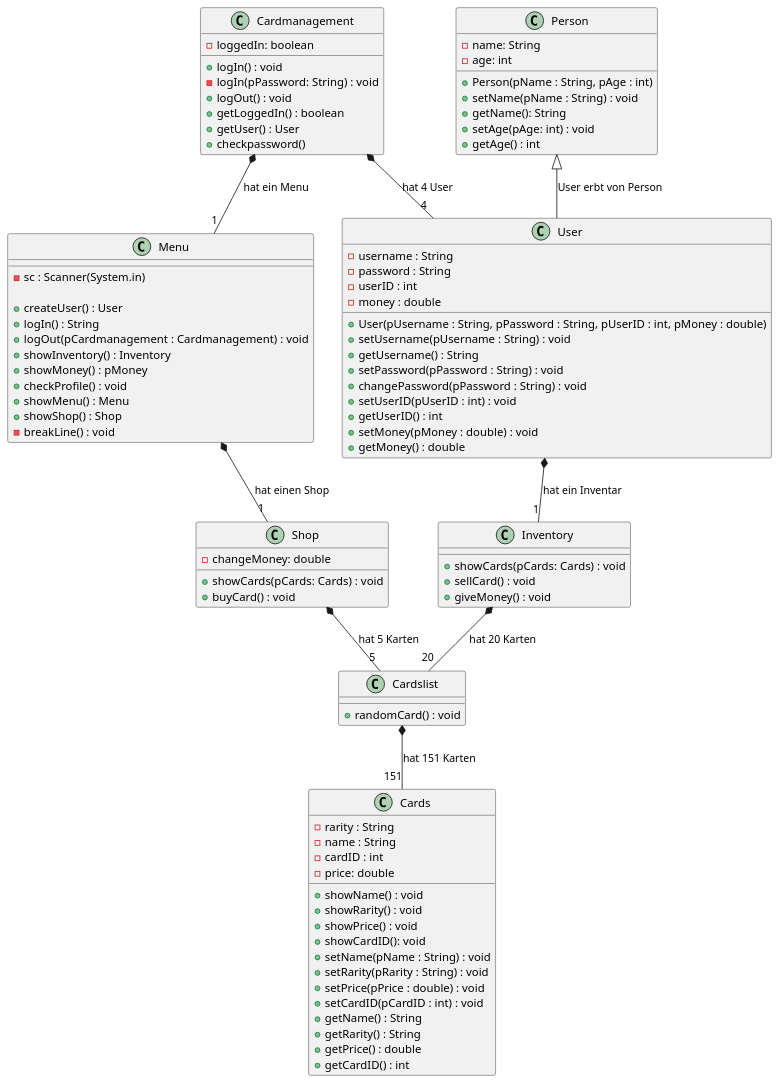
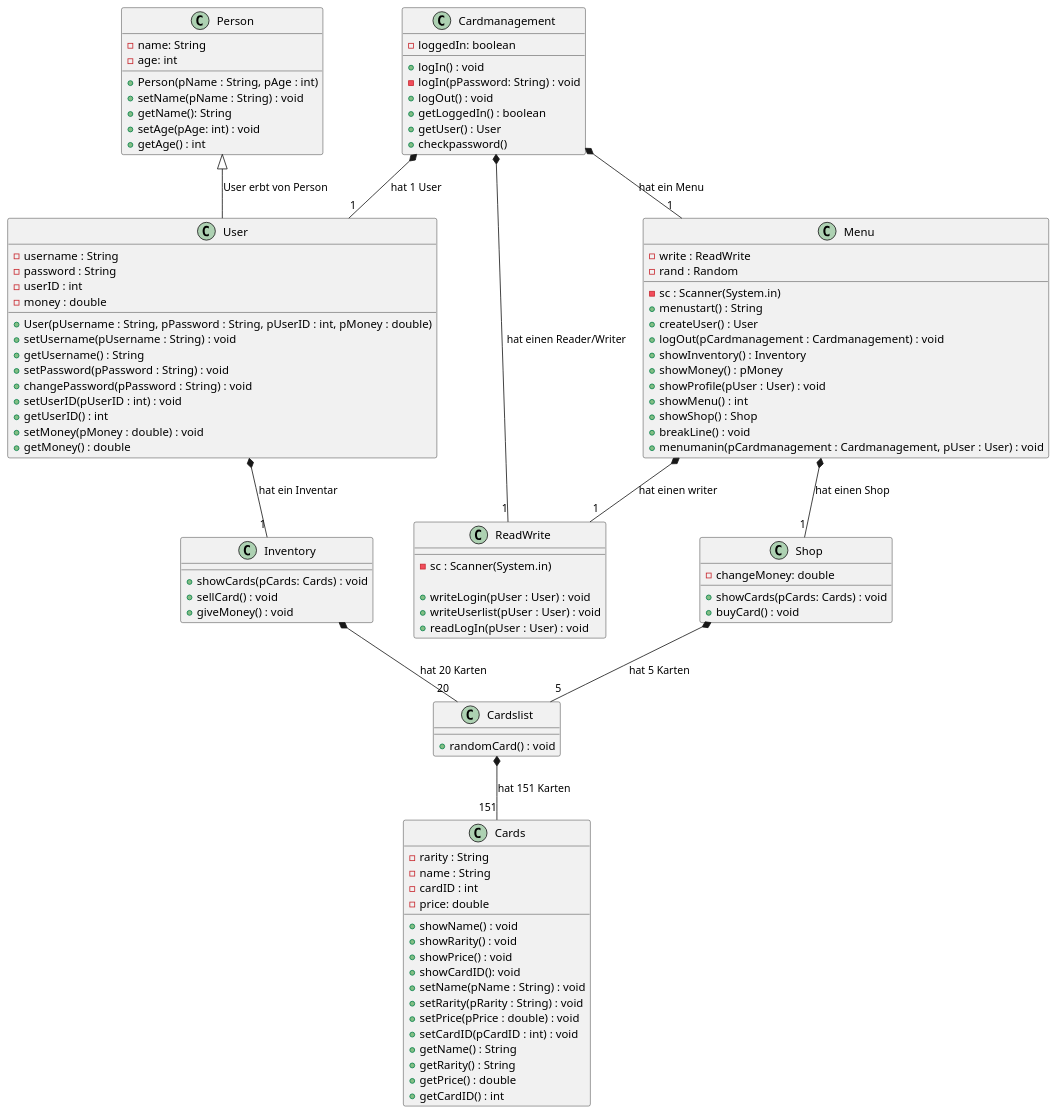
The diagram in Docs/Pflichtenheft/Diagramme/Klassendiagramm-Card.iuml (HEBK-BGM/Verwaltungssoftware_Team_4), drawn with PlantUML before and after one commit. The commit also changed 1 other file, not shown here.

Commit message:
[CHAR] Klassendiagramm auf den neusten Stand

```diff
--- a/Docs/Pflichtenheft/Diagramme/Klassendiagramm-Card.iuml
+++ b/Docs/Pflichtenheft/Diagramme/Klassendiagramm-Card.iuml
@@ -1,119 +1,132 @@
 @startuml Klassendiagramm
 
 class Cardmanagement{
     -loggedIn: boolean
     +logIn() : void
     -logIn(pPassword: String) : void
     +logOut() : void
     +getLoggedIn() : boolean
     +getUser() : User
     +checkpassword()
 
 
 
 }
 
 
 class Menu{
     -sc : Scanner(System.in)
+    -write : ReadWrite
+    -rand : Random
 
+    +menustart() : String
     +createUser() : User
-    +logIn() : String
     +logOut(pCardmanagement : Cardmanagement) : void
     +showInventory() : Inventory
     +showMoney() : pMoney
-    +checkProfile() : void
-    +showMenu() : Menu
+    +showProfile(pUser : User) : void
+    +showMenu() : int
     +showShop() : Shop
-    -breakLine() : void
+    +breakLine() : void
+    +menumanin(pCardmanagement : Cardmanagement, pUser : User) : void
 
 
 }
 
 
 class Shop{
     -changeMoney: double
 
     
     +showCards(pCards: Cards) : void
     +buyCard() : void
 
 }
 
 
 class User{
     -username : String
     -password : String
     -userID : int
     -money : double
 
 
     +User(pUsername : String, pPassword : String, pUserID : int, pMoney : double)
     +setUsername(pUsername : String) : void
     +getUsername() : String
     +setPassword(pPassword : String) : void
     +changePassword(pPassword : String) : void
     +setUserID(pUserID : int) : void
     +getUserID() : int
     +setMoney(pMoney : double) : void
     +getMoney() : double
     
 
 }
 
 
 class Person{
     -name: String
     -age: int
 
     +Person(pName : String, pAge : int)
     +setName(pName : String) : void
     +getName(): String
     +setAge(pAge: int) : void
     +getAge() : int
 }
 
 
 class Cards{
     -rarity : String
     -name : String
     -cardID : int
     -price: double
 
     +showName() : void
     +showRarity() : void
     +showPrice() : void
     +showCardID(): void
     +setName(pName : String) : void
     +setRarity(pRarity : String) : void
     +setPrice(pPrice : double) : void
     +setCardID(pCardID : int) : void
     +getName() : String
     +getRarity() : String
     +getPrice() : double
     +getCardID() : int
 
 }
 
 
 class Inventory{
     +showCards(pCards: Cards) : void
     +sellCard() : void
     +giveMoney() : void
 }
 
 
 class Cardslist{
     +randomCard() : void
 }
 
+class ReadWrite{
+    - sc : Scanner(System.in)
+
+    + writeLogin(pUser : User) : void
+    + writeUserlist(pUser : User) : void
+    + readLogIn(pUser : User) : void
+}
+
 Cardmanagement *-- "1" Menu : hat ein Menu
+Cardmanagement *-- "1" ReadWrite : hat einen Reader/Writer 
 User *-- "1" Inventory : hat ein Inventar
-Cardmanagement *-- "4" User : hat 4 User
+Cardmanagement *-- "1" User : hat 1 User
 Menu *-- "1" Shop : hat einen Shop
+Menu *-- "1" ReadWrite : hat einen writer
 Shop *-- "5" Cardslist : hat 5 Karten 
 Inventory *-- "20" Cardslist : hat 20 Karten
 Cardslist *-- "151" Cards : hat 151 Karten
 Person <|-- User : User erbt von Person
 
 @enduml
```
